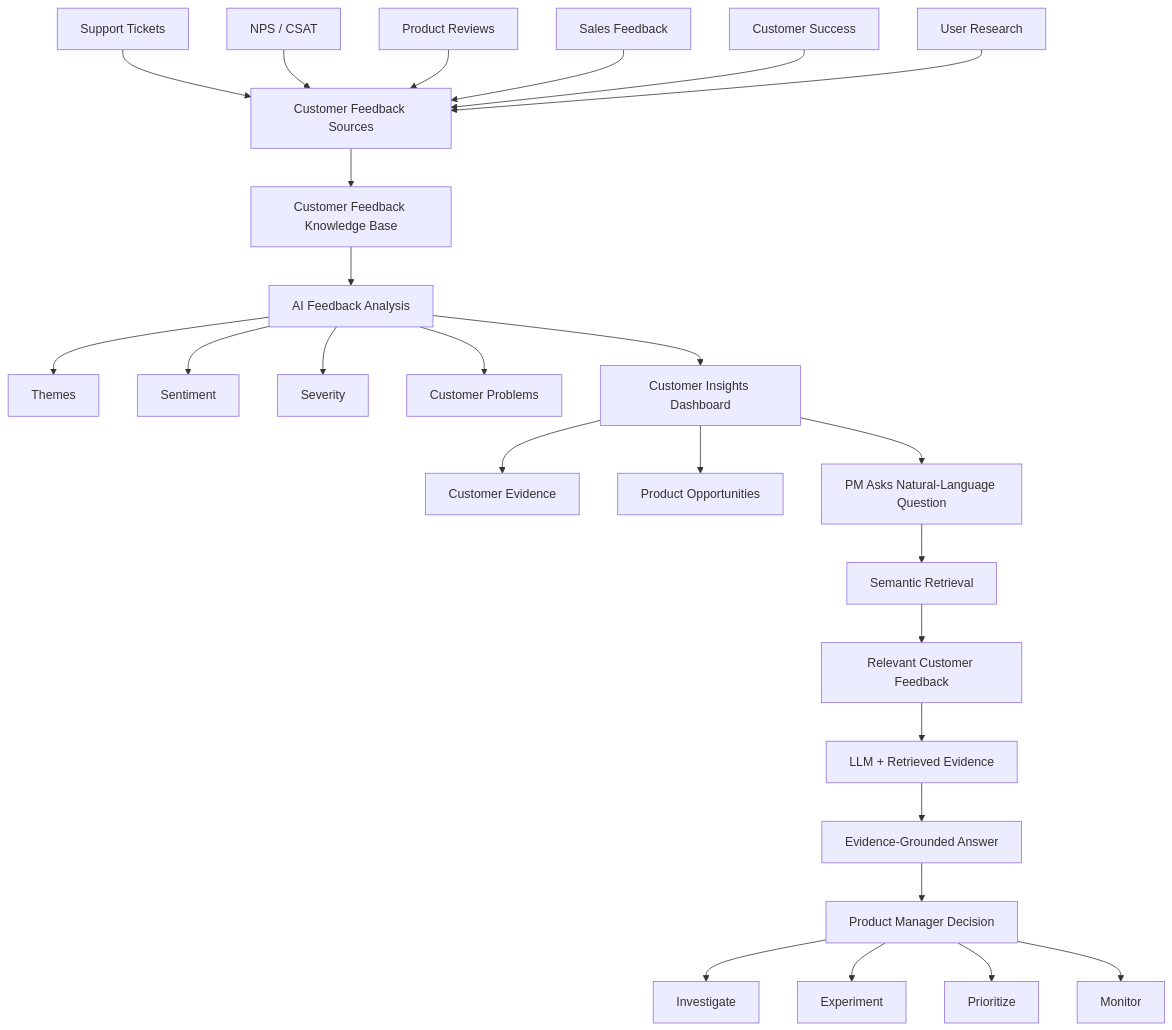
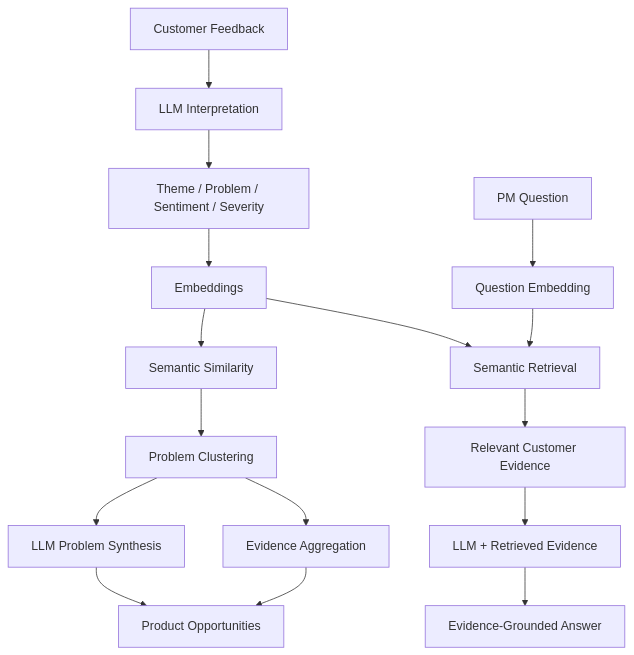
The diagram in README.md (nihashah/customer-insights-intelligence), drawn with Mermaid before and after one commit. The commit also changed other lines of this file, not shown here.

Commit message:
Update README with GenAI architecture and MVP results

````diff
--- a/README.md
+++ b/README.md
@@ -142,38 +51,19 @@
 ```mermaid
 flowchart TD
-    A[Customer Feedback Sources] --> B[Customer Feedback Knowledge Base]
+    A[Customer Feedback] --> B[LLM Interpretation]
+    B --> C[Theme / Problem / Sentiment / Severity]
+    C --> D[Embeddings]
+    D --> E[Semantic Similarity]
+    E --> F[Problem Clustering]
+    F --> G[LLM Problem Synthesis]
+    F --> H[Evidence Aggregation]
+    G --> I[Product Opportunities]
+    H --> I
 
-    A1[Support Tickets] --> A
-    A2[NPS / CSAT] --> A
-    A3[Product Reviews] --> A
-    A4[Sales Feedback] --> A
-    A5[Customer Success] --> A
-    A6[User Research] --> A
-
-    B --> C[AI Feedback Analysis]
-
-    C --> C1[Themes]
-    C --> C2[Sentiment]
-    C --> C3[Severity]
-    C --> C4[Customer Problems]
-
-    C --> D[Customer Insights Dashboard]
-
-    D --> E[Customer Evidence]
-    D --> F[Product Opportunities]
-
-    D --> G[PM Asks Natural-Language Question]
-
-    G --> H[Semantic Retrieval]
-    H --> I[Relevant Customer Feedback]
-    I --> J[LLM + Retrieved Evidence]
-
-    J --> K[Evidence-Grounded Answer]
-
-    K --> L[Product Manager Decision]
-
-    L --> M[Investigate]
-    L --> N[Experiment]
-    L --> O[Prioritize]
-    L --> P[Monitor]
+    J[PM Question] --> K[Question Embedding]
+    K --> L[Semantic Retrieval]
+    D --> L
+    L --> M[Relevant Customer Evidence]
+    M --> N[LLM + Retrieved Evidence]
+    N --> O[Evidence-Grounded Answer]
 ```
````
